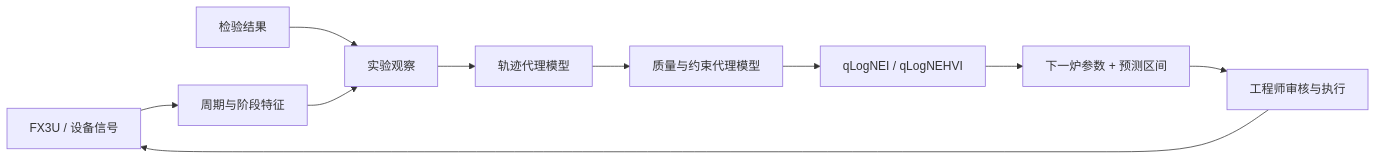
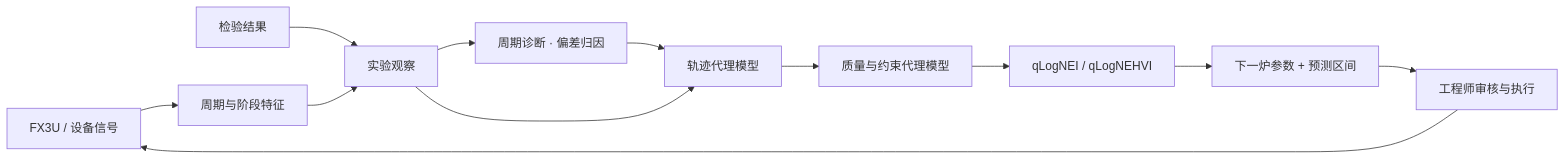
The diagram in README.md (liuweichaox/Ingot), drawn with Mermaid before and after one commit. The commit also changed other lines of this file and 13 other files, not shown here.

````diff
--- a/README.md
+++ b/README.md
@@ -39,12 +43,14 @@
 ```mermaid
 flowchart LR
     A["FX3U / 设备信号"] --> B["周期与阶段特征"]
     C["检验结果"] --> D["实验观察"]
     B --> D
-    D --> E["轨迹代理模型"]
+    D --> J["周期诊断 · 偏差归因"]
+    J --> E["轨迹代理模型"]
+    D --> E
     E --> F["质量与约束代理模型"]
     F --> G["qLogNEI / qLogNEHVI"]
     G --> H["下一炉参数 + 预测区间"]
     H --> I["工程师审核与执行"]
     I --> A
 ```
````
